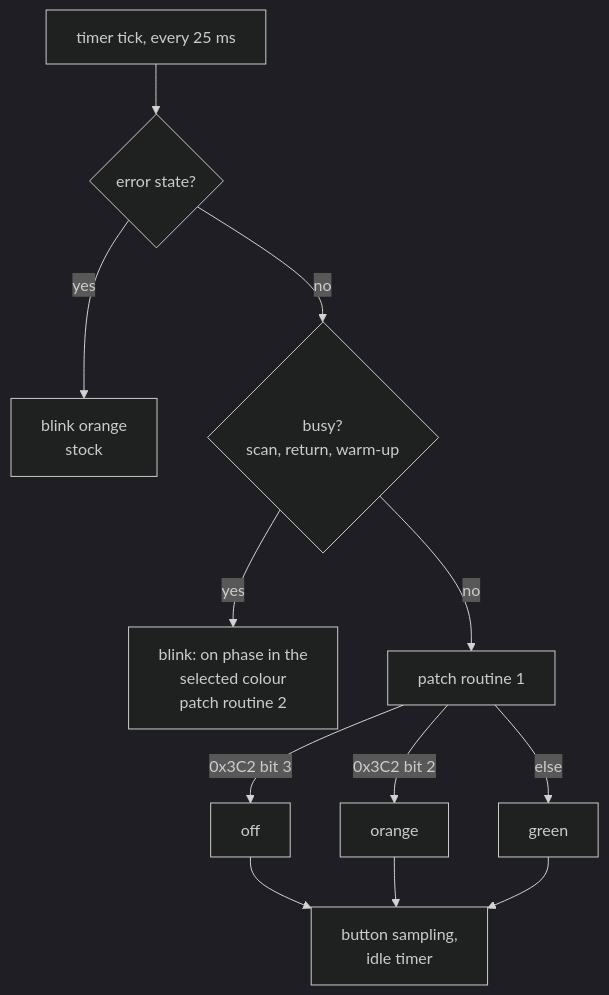
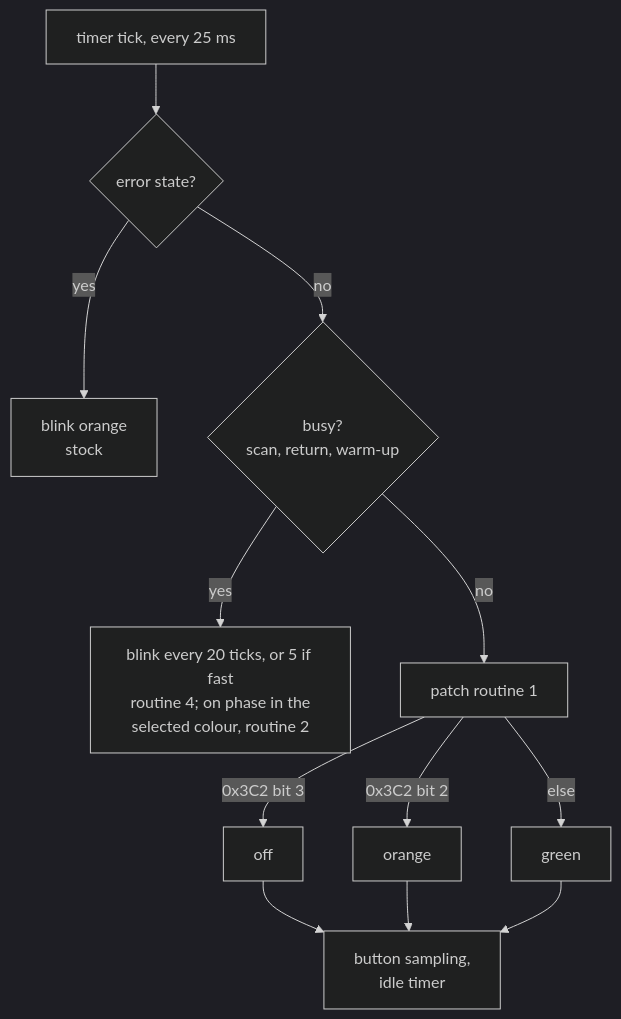
The second of 2 diagrams in docs/firmware-patches.md (scanSTATION/lib-v370), drawn with Mermaid (dark theme) before and after one commit. The commit also changed other lines of this file and 11 other files, not shown here.

First line of the commit message:
LED patch: fast busy blink while the image is transferred

````diff
--- a/docs/firmware-patches.md
+++ b/docs/firmware-patches.md
@@ -73,14 +84,14 @@
 ```mermaid
 flowchart TD
   T[timer tick, every 25 ms] --> ERR{error state?}
   ERR -->|yes| EB[blink orange<br/>stock]
   ERR -->|no| BUSY{busy?<br/>scan, return, warm-up}
-  BUSY -->|yes| BB[blink: on phase in the<br/>selected colour<br/>patch routine 2]
+  BUSY -->|yes| BB[blink every 20 ticks, or 5 if fast<br/>routine 4; on phase in the<br/>selected colour, routine 2]
   BUSY -->|no| SEL[patch routine 1]
   SEL -->|0x3C2 bit 3| OFF[off]
   SEL -->|0x3C2 bit 2| OR[orange]
   SEL -->|else| GR[green]
   OFF --> BTN[button sampling,<br/>idle timer]
   OR --> BTN
   GR --> BTN
 ```
````
